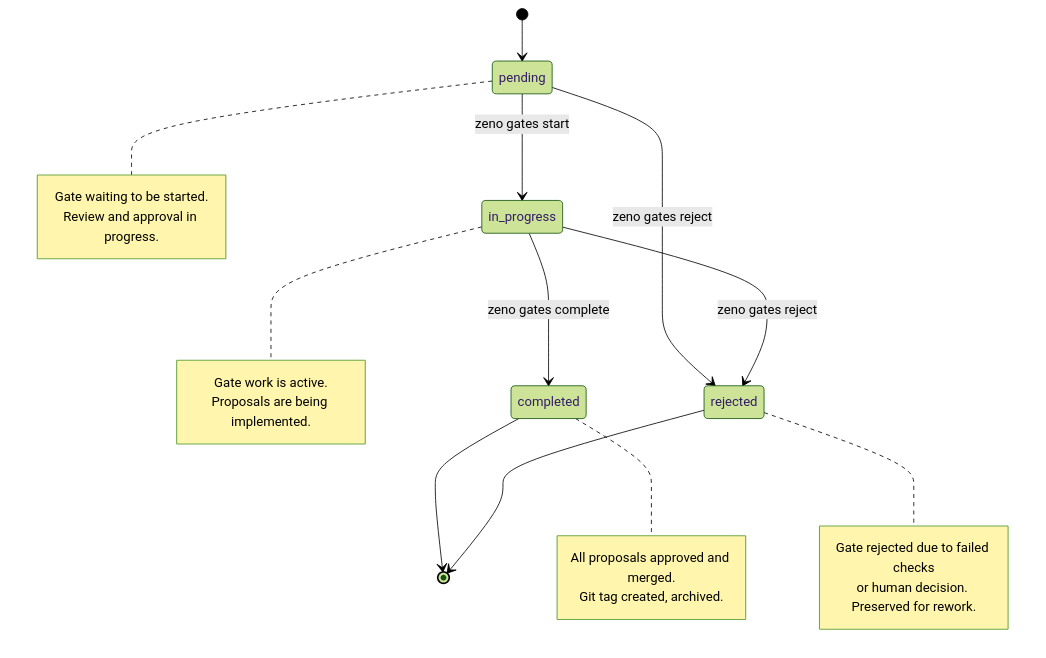
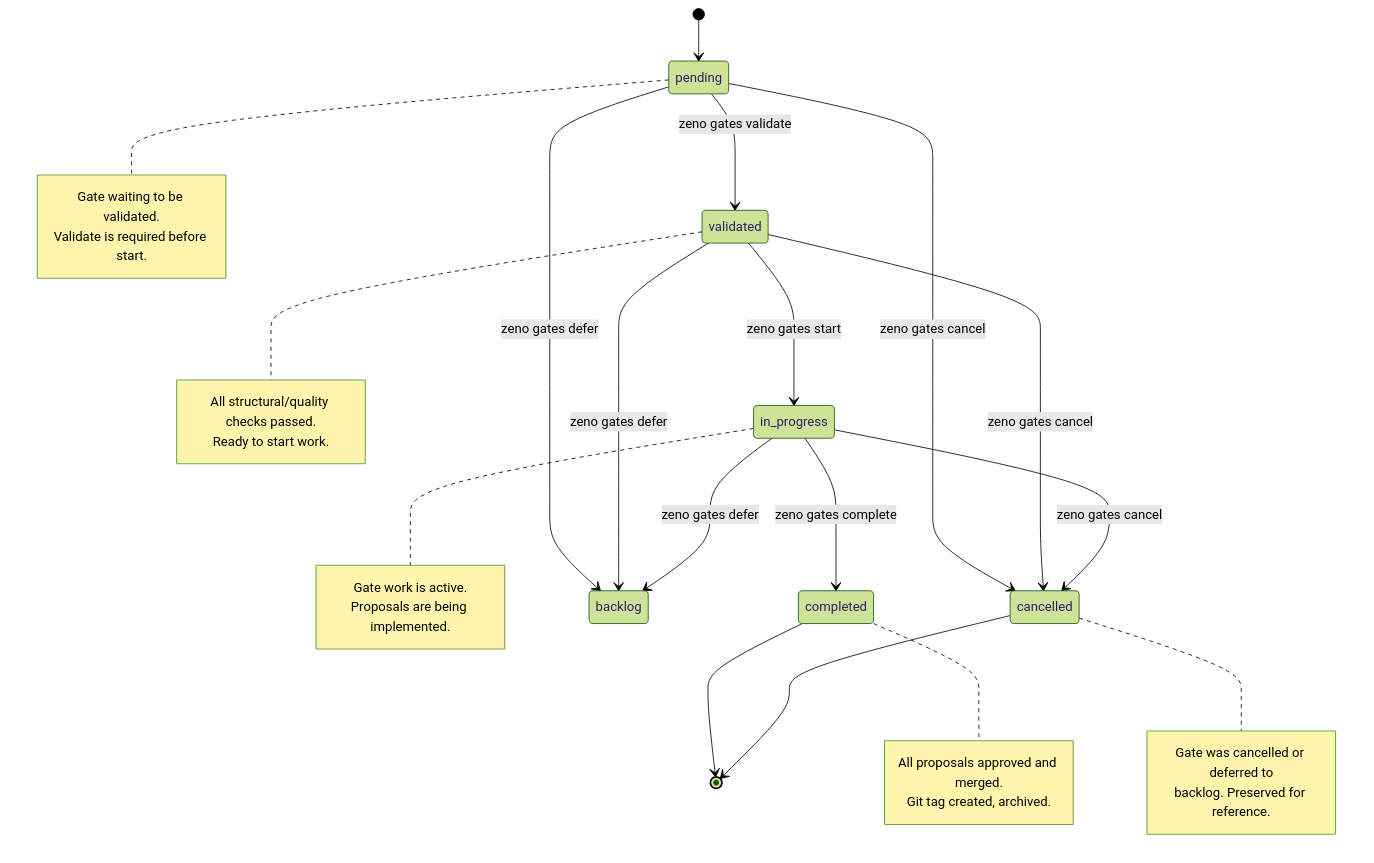
Before and after one commit to Duccci/Zenos-Planner: the diagram in zeno/architecture/gate-lifecycle.md, drawn with Mermaid (forest theme). The commit also changed 62 other files, not shown here.

First line of the commit message:
feat(mcp): refactor tools, schemas, validators, and server

````diff
--- a/zeno/architecture/gate-lifecycle.md
+++ b/zeno/architecture/gate-lifecycle.md
@@ -1,33 +1,44 @@
 ```mermaid
 stateDiagram-v2
     [*] --> pending
 
-    pending --> in_progress: zeno gates start
-    pending --> rejected: zeno gates reject
+    pending --> validated: zeno gates validate
+    pending --> cancelled: zeno gates cancel
+    pending --> backlog: zeno gates defer
+
+    validated --> in_progress: zeno gates start
+    validated --> cancelled: zeno gates cancel
+    validated --> backlog: zeno gates defer
 
     in_progress --> completed: zeno gates complete
-    in_progress --> rejected: zeno gates reject
+    in_progress --> cancelled: zeno gates cancel
+    in_progress --> backlog: zeno gates defer
 
     completed --> [*]
-    rejected --> [*]
+    cancelled --> [*]
 
     note right of pending
-        Gate waiting to be started.
-        Review and approval in progress.
+        Gate waiting to be validated.
+        Validate is required before start.
+    end note
+
+    note right of validated
+        All structural/quality checks passed.
+        Ready to start work.
     end note
 
     note right of in_progress
         Gate work is active.
         Proposals are being implemented.
     end note
 
     note right of completed
         All proposals approved and merged.
         Git tag created, archived.
     end note
 
-    note right of rejected
-        Gate rejected due to failed checks
-        or human decision. Preserved for rework.
+    note right of cancelled
+        Gate was cancelled or deferred to
+        backlog. Preserved for reference.
     end note
 ```
````
